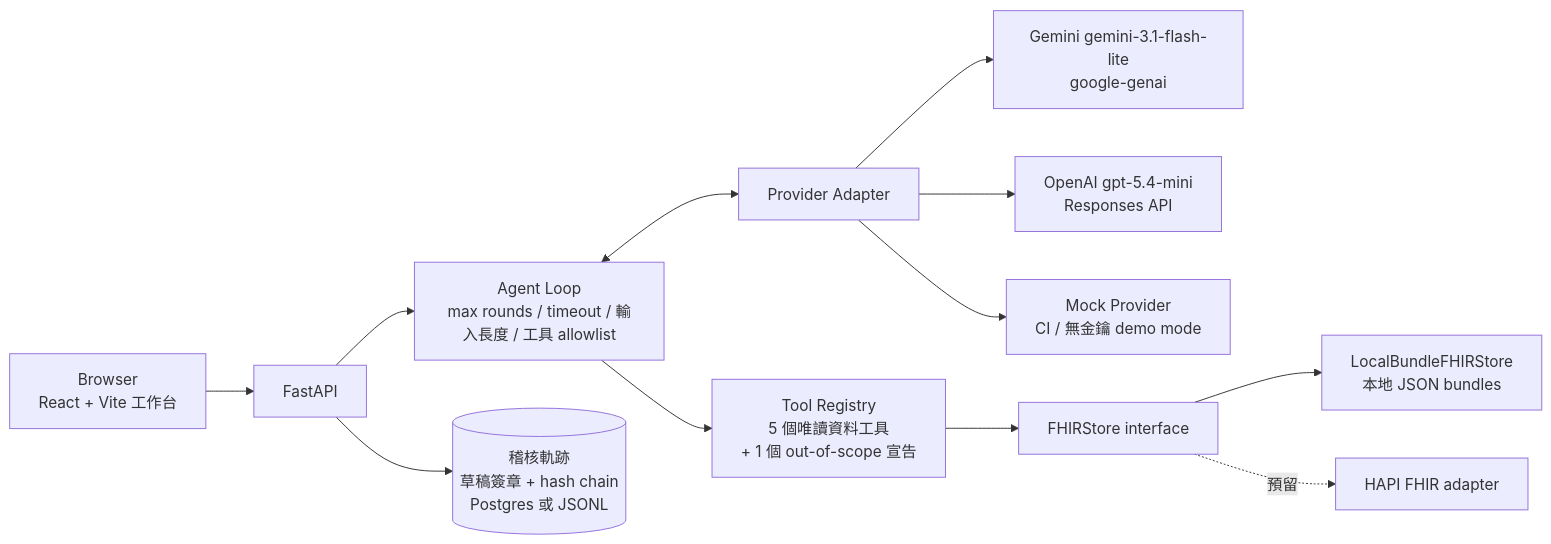
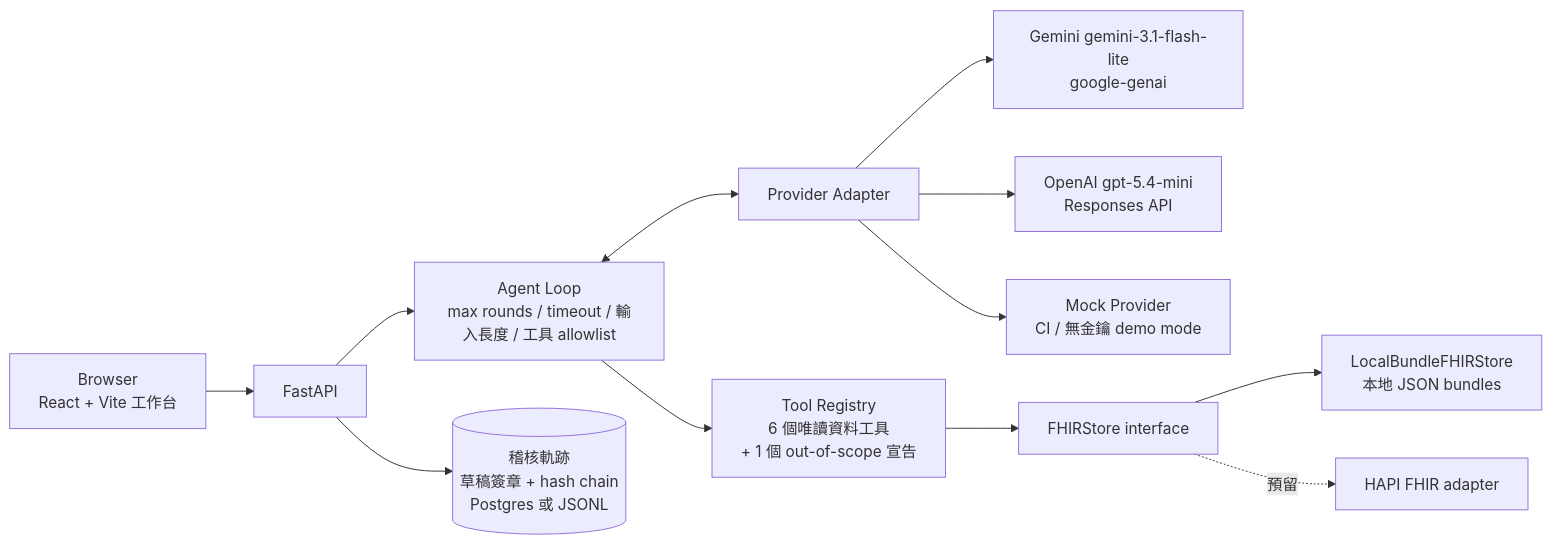
One commit to kuotunyu/fhir-care-copilot changed the diagram in README.md. Above: the diagram before and after it, drawn with Mermaid. The commit also changed other lines of this file and 4 other files, not shown here.

````diff
--- a/README.md
+++ b/README.md
@@ -75,14 +75,14 @@
 ```mermaid
 flowchart LR
     U[Browser<br/>React + Vite 工作台] --> API[FastAPI]
     API --> AL[Agent Loop<br/>max rounds / timeout / 輸入長度 / 工具 allowlist]
     AL <--> P[Provider Adapter]
     P --> G[Gemini gemini-3.1-flash-lite<br/>google-genai]
     P --> O[OpenAI gpt-5.4-mini<br/>Responses API]
     P --> M[Mock Provider<br/>CI / 無金鑰 demo mode]
-    AL --> TR[Tool Registry<br/>5 個唯讀資料工具<br/>+ 1 個 out-of-scope 宣告]
+    AL --> TR[Tool Registry<br/>6 個唯讀資料工具<br/>+ 1 個 out-of-scope 宣告]
     TR --> FS[FHIRStore interface]
     FS --> LB[LocalBundleFHIRStore<br/>本地 JSON bundles]
     FS -.預留.-> HAPI[HAPI FHIR adapter]
     API --> AUD[(稽核軌跡<br/>草稿簽章 + hash chain<br/>Postgres 或 JSONL)]
 ```
````
